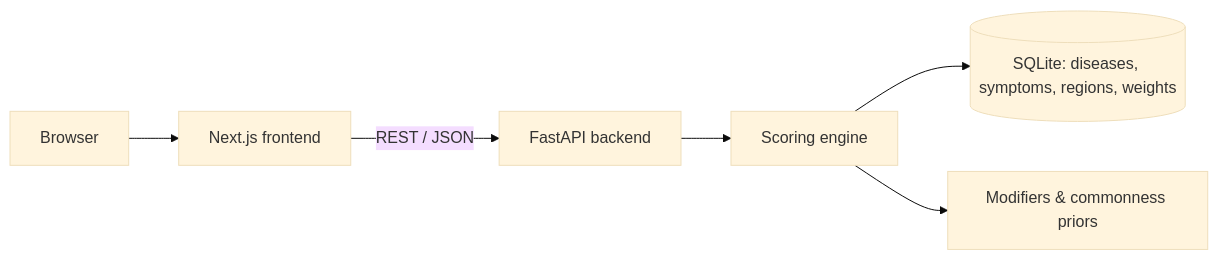
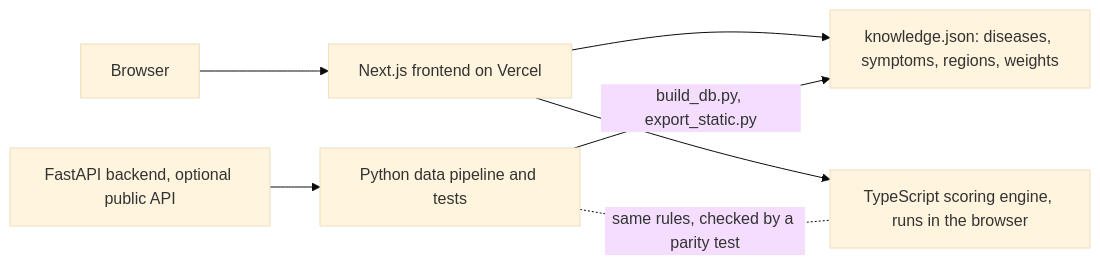
The diagram in README.md (Alusine-bah/symptom-checker), drawn with Mermaid (base theme) before and after one commit. The commit also changed other lines of this file and 17 other files, not shown here.

````diff
--- a/README.md
+++ b/README.md
@@ -29,8 +31,9 @@
 ```mermaid
 flowchart LR
-    U[Browser] --> F[Next.js frontend]
-    F -->|REST / JSON| A[FastAPI backend]
-    A --> E[Scoring engine]
-    E --> D[(SQLite: diseases, symptoms, regions, weights)]
-    E --> M[Modifiers & commonness priors]
+    U[Browser] --> F[Next.js frontend on Vercel]
+    F --> K[knowledge.json: diseases, symptoms, regions, weights]
+    F --> E[TypeScript scoring engine, runs in the browser]
+    P[Python data pipeline and tests] -->|build_db.py, export_static.py| K
+    P -. same rules, checked by a parity test .- E
+    A[FastAPI backend, optional public API] --> P
 ```
````
